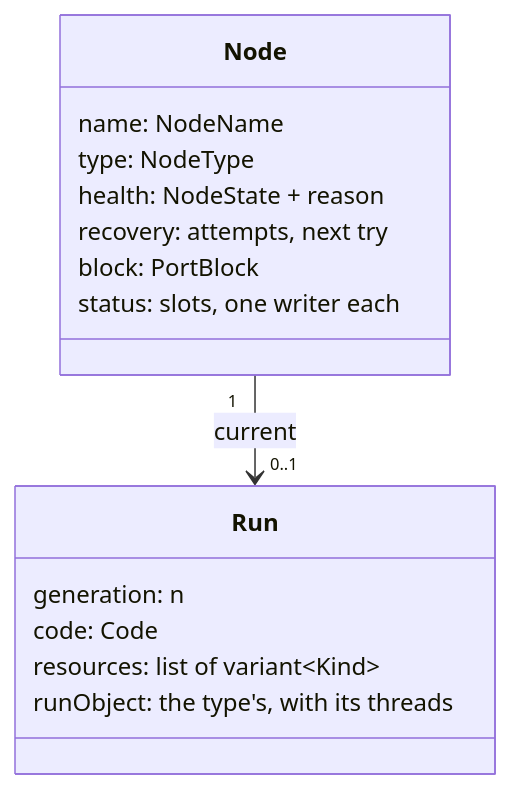
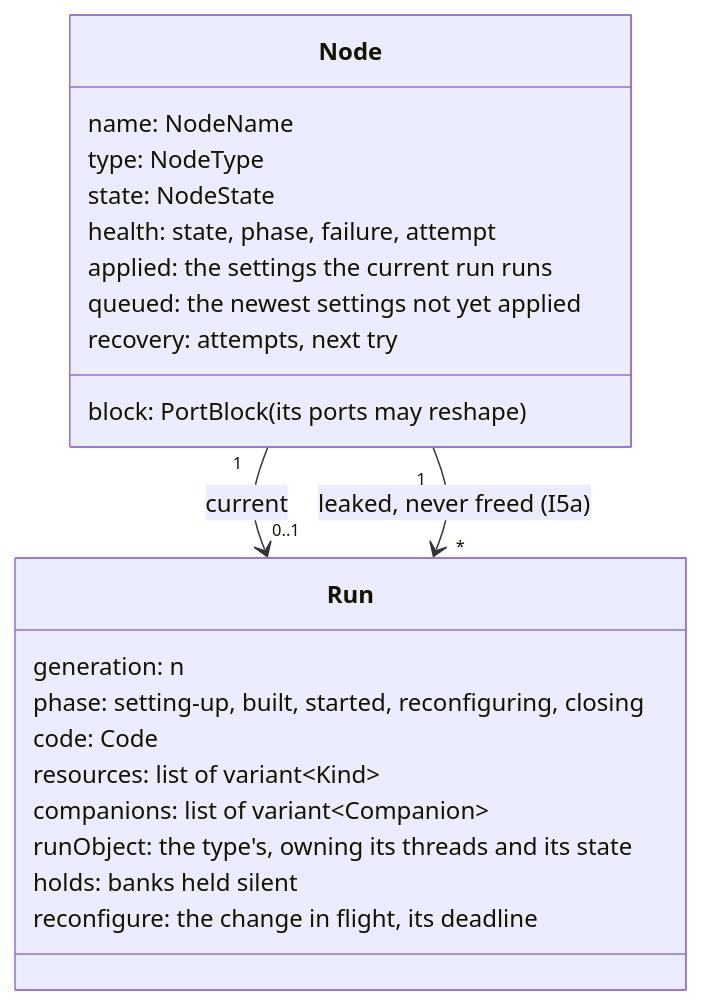
Before and after one commit to mcurcio/ear: the second of 4 diagrams in docs/design/node-framework.md, drawn with Mermaid. The commit also changed other lines of this file and 2 other files, not shown here.

First line of the commit message:
docs(design): per-node lifecycle, reconfigure in place and companion nodes

````diff
--- a/docs/design/node-framework.md
+++ b/docs/design/node-framework.md
@@ -148,18 +206,25 @@
 ```mermaid
 classDiagram
   class Node {
     name: NodeName
     type: NodeType
-    health: NodeState + reason
+    state: NodeState
+    health: state, phase, failure, attempt
+    block: PortBlock (its ports may reshape)
+    applied: the settings the current run runs
+    queued: the newest settings not yet applied
     recovery: attempts, next try
-    block: PortBlock
-    status: slots, one writer each
   }
   class Run {
     generation: n
+    phase: setting-up, built, started, reconfiguring, closing
     code: Code
     resources: list of variant~Kind~
-    runObject: the type's, with its threads
+    companions: list of variant~Companion~
+    runObject: the type's, owning its threads and its state
+    holds: banks held silent
+    reconfigure: the change in flight, its deadline
   }
   Node "1" --> "0..1" Run : current
+  Node "1" --> "*" Run : leaked, never freed (I5a)
 ```
````
